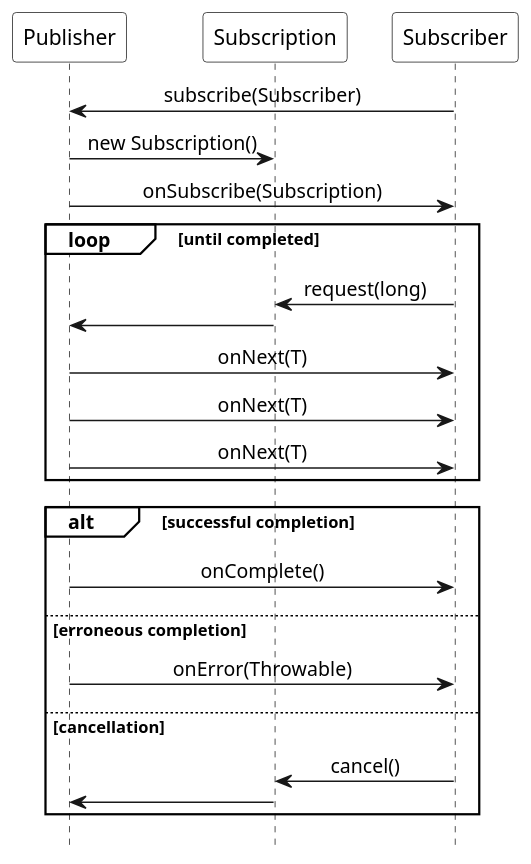
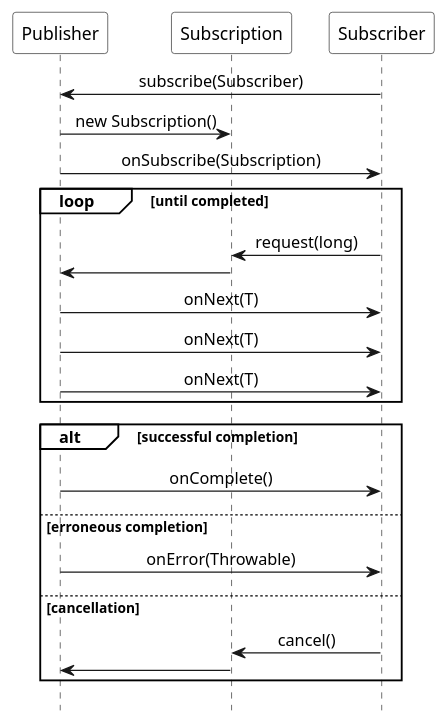
One commit to ti-cortex-m4/demo-java-reactive-streams-old changed the diagram in images/Reactive_Streams_workflow.puml. Above: the diagram before and after it, drawn with PlantUML. The commit also changed 5 other files, not shown here.

```diff
--- a/images/Reactive_Streams_workflow.puml
+++ b/images/Reactive_Streams_workflow.puml
@@ -1,41 +1,41 @@
 @startuml
 
-scale 1.2
+scale 1.0
 hide footbox
 
 !pragma teoz true
 
 skinparam monochrome true
 skinparam defaultFontName Source Sans Pro
 skinparam sequenceMessageAlign center
 skinparam participantBackgroundColor #white
 skinparam noteBackgroundColor #white
 skinparam sequenceGroupBackgroundColor #white
 skinparam participantPadding 10
 
 participant Publisher
 participant Subscription
 participant Subscriber
 
 Subscriber -> Publisher : subscribe(Subscriber)
 Publisher -> Subscription : new Subscription()
 Publisher -> Subscriber : onSubscribe(Subscription)
 
 loop until completed
     Subscriber -> Subscription : request(long)
     Subscription -> Publisher
     Publisher -> Subscriber : onNext(T)
     Publisher -> Subscriber : onNext(T)
     Publisher -> Subscriber : onNext(T)
 end
 
 alt successful completion
     Publisher -> Subscriber : onComplete()
 else erroneous completion
     Publisher -> Subscriber : onError(Throwable)
 else cancellation
     Subscriber -> Subscription : cancel()
     Subscription -> Publisher
 end
 
 @enduml
```
